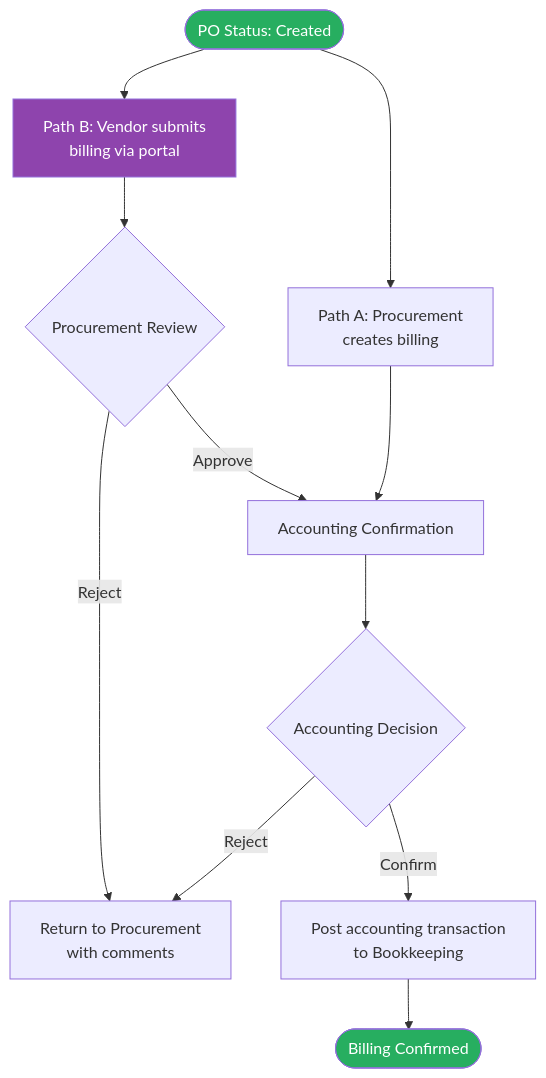
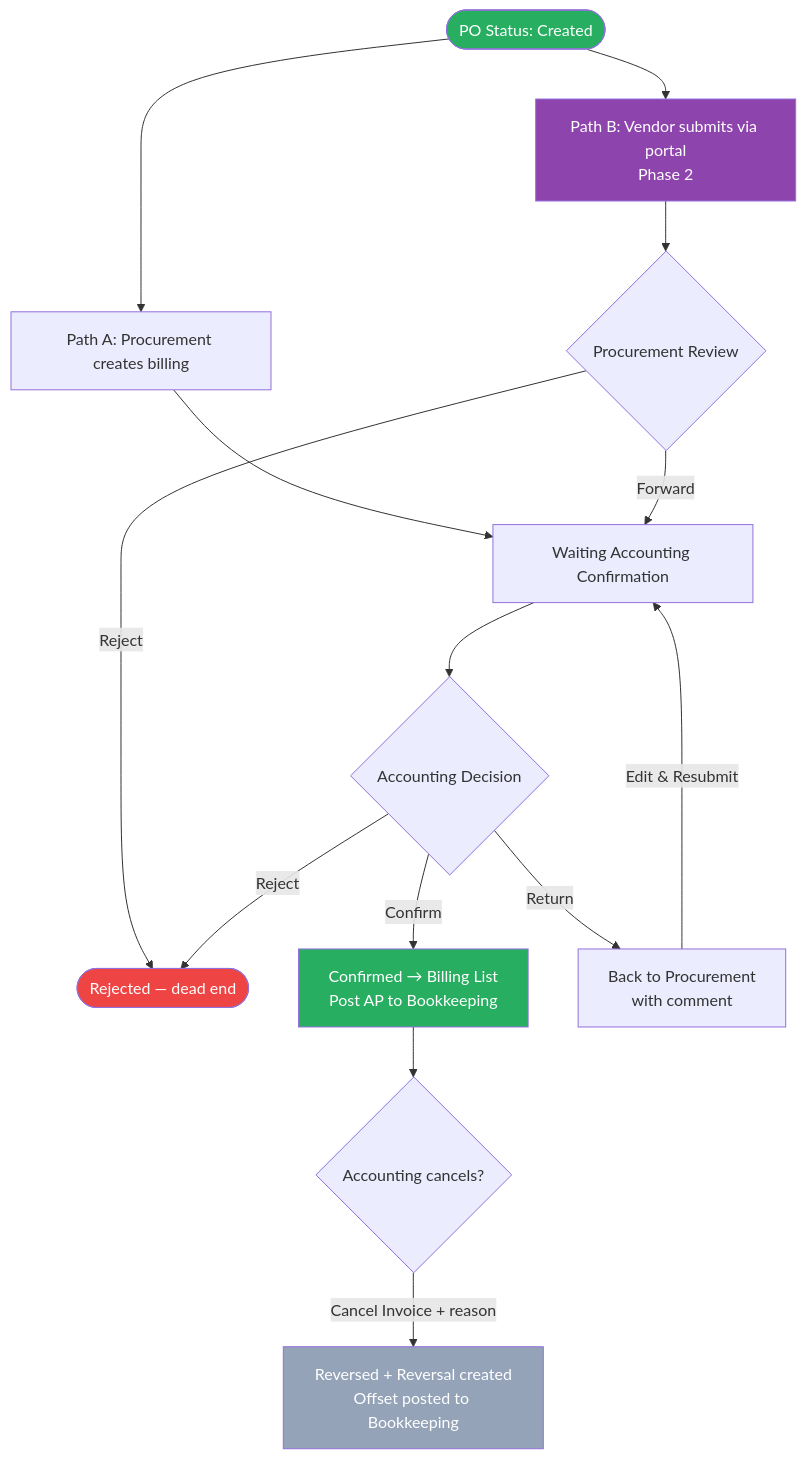
The diagram in 02_features/Billing/001-billing-creation.md (phasathoncha-droid/Procurement-System), drawn with Mermaid before and after one commit. The commit also changed other lines of this file and 14 other files, not shown here.

First line of the commit message:
feat: Vendor Portal Billing prototype and feature spec (Phase 2)

````diff
--- a/02_features/Billing/001-billing-creation.md
+++ b/02_features/Billing/001-billing-creation.md
@@ -178,20 +225,27 @@
 ```mermaid
 flowchart TD
     A([PO Status: Created])
-    A --> B1[Path A: Procurement\ncreates billing]
-    A --> B2[Path B: Vendor submits\nbilling via portal]
+    A --> B1[Path A: Procurement creates billing]
+    A --> B2[Path B: Vendor submits via portal\nPhase 2]
 
-    B2 --> C{Procurement Review}
-    C -->|Reject| D[Return to Procurement\nwith comments]
-    C -->|Approve| E[Accounting Confirmation]
-    B1 --> E
+    B1 --> C[Waiting Accounting Confirmation]
 
-    E --> F{Accounting Decision}
-    F -->|Reject| D
-    F -->|Confirm| G[Post accounting transaction\nto Bookkeeping]
-    G --> H([Billing Confirmed])
+    B2 --> D{Procurement Review}
+    D -->|Reject| RJ([Rejected — dead end])
+    D -->|Forward| C
+
+    C --> E{Accounting Decision}
+    E -->|Confirm| F[Confirmed → Billing List\nPost AP to Bookkeeping]
+    E -->|Return| G[Back to Procurement\nwith comment]
+    E -->|Reject| RJ
+    G -->|Edit & Resubmit| C
+
+    F --> H{Accounting cancels?}
+    H -->|Cancel Invoice + reason| I[Reversed + Reversal created\nOffset posted to Bookkeeping]
 
     style A fill:#27AE60,color:#fff
-    style H fill:#27AE60,color:#fff
+    style F fill:#27AE60,color:#fff
+    style I fill:#94A3B8,color:#fff
+    style RJ fill:#EF4444,color:#fff
     style B2 fill:#8E44AD,color:#fff
 ```
````
